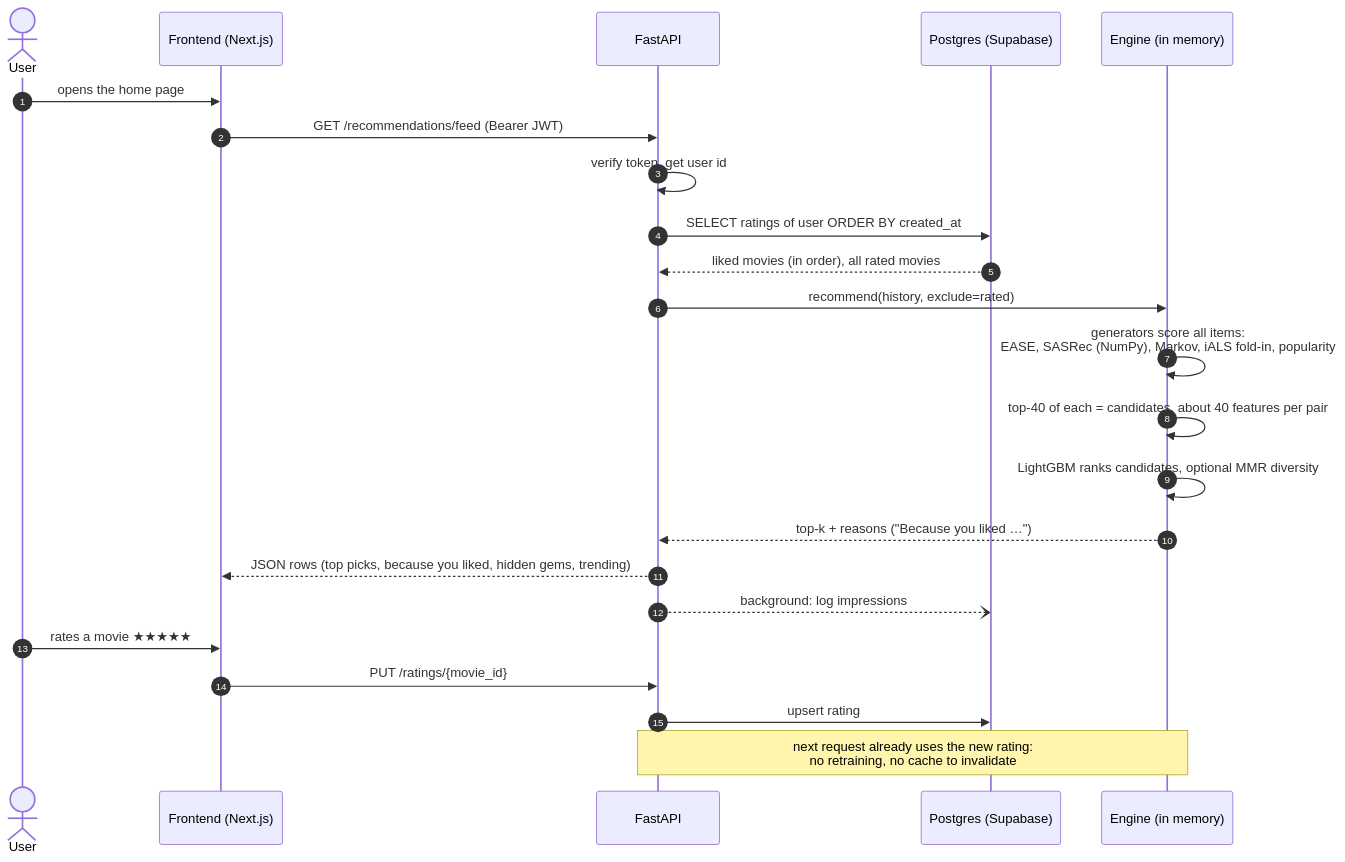
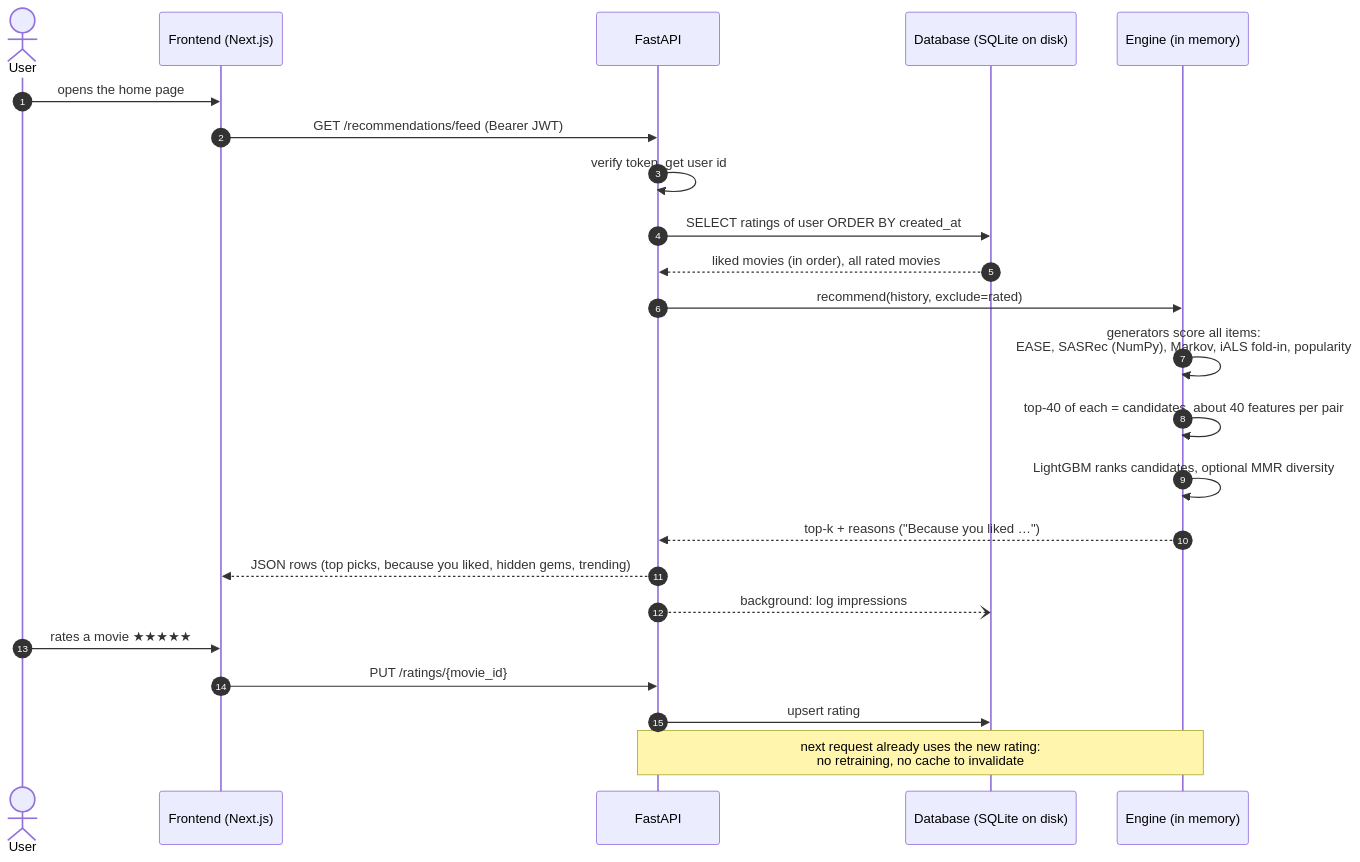
Before and after one commit to Aravindreddykothuru/RedBox: the third of 9 diagrams in docs/report/06_system_design.md, drawn with Mermaid. The commit also changed other lines of this file and 5 other files, not shown here.

First line of the commit message:
Explain how Red Box works: a 13-page PDF, and architecture and ML sections in the README

````diff
--- a/docs/report/06_system_design.md
+++ b/docs/report/06_system_design.md
@@ -66,25 +67,25 @@
 ```mermaid
 sequenceDiagram
     autonumber
     actor User
     participant FE as Frontend (Next.js)
     participant API as FastAPI
-    participant DB as Postgres (Supabase)
+    participant DB as Database (SQLite on disk)
     participant EN as Engine (in memory)
     User->>FE: opens the home page
     FE->>API: GET /recommendations/feed (Bearer JWT)
     API->>API: verify token, get user id
     API->>DB: SELECT ratings of user ORDER BY created_at
     DB-->>API: liked movies (in order), all rated movies
     API->>EN: recommend(history, exclude=rated)
     EN->>EN: generators score all items:<br/>EASE, SASRec (NumPy), Markov, iALS fold-in, popularity
     EN->>EN: top-40 of each = candidates, about 40 features per pair
     EN->>EN: LightGBM ranks candidates, optional MMR diversity
     EN-->>API: top-k + reasons ("Because you liked …")
     API-->>FE: JSON rows (top picks, because you liked, hidden gems, trending)
     API--)DB: background: log impressions
     User->>FE: rates a movie ★★★★★
     FE->>API: PUT /ratings/{movie_id}
     API->>DB: upsert rating
     Note over API,EN: next request already uses the new rating:<br/>no retraining, no cache to invalidate
 ```
````
